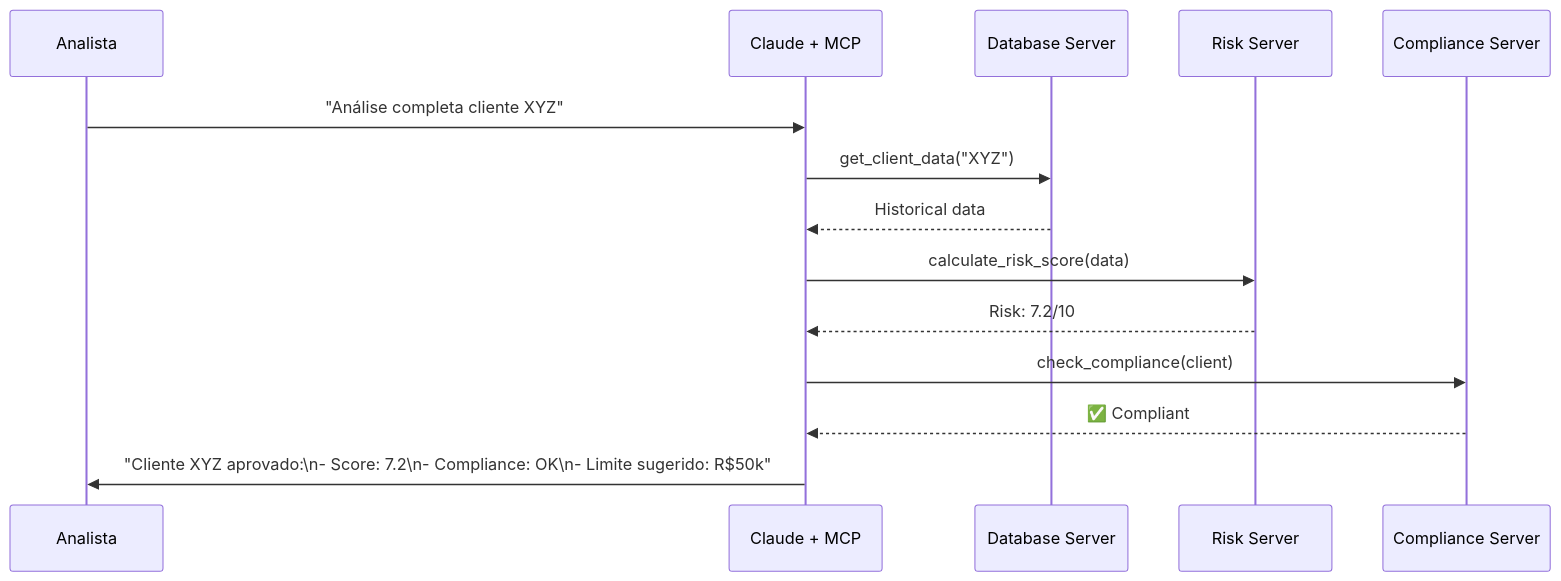
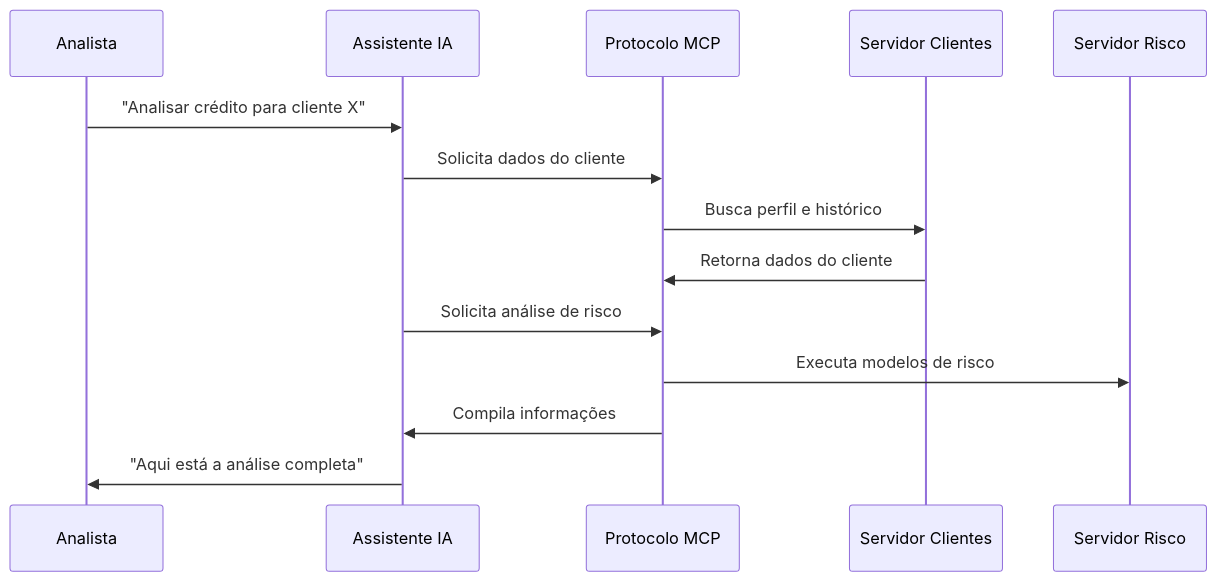
One commit to felipepimentel/my-public-notes changed diagram 17 of 19 in AI/Comunicação/MCP/00-mcp-presentation-zero to hero.md. Above: the diagram before and after it, drawn with Mermaid. The commit also changed other lines of this file, not shown here.

````diff
--- a/AI/Comunicação/MCP/00-mcp-presentation-zero to hero.md
+++ b/AI/Comunicação/MCP/00-mcp-presentation-zero to hero.md
@@ -651,21 +400,16 @@
 ```mermaid
 sequenceDiagram
-    participant A as Analista
-    participant AI as Claude + MCP
-    participant DB as Database Server
-    participant RISK as Risk Server
-    participant COMP as Compliance Server
-    
-    A->>AI: "Análise completa cliente XYZ"
-    
-    AI->>DB: get_client_data("XYZ")
-    DB-->>AI: Historical data
-    
-    AI->>RISK: calculate_risk_score(data)
-    RISK-->>AI: Risk: 7.2/10
-    
-    AI->>COMP: check_compliance(client)
-    COMP-->>AI: ✅ Compliant
-    
-    AI->>A: "Cliente XYZ aprovado:\n- Score: 7.2\n- Compliance: OK\n- Limite sugerido: R$50k"
+    participant G as Analista
+    participant A as Assistente IA
+    participant MCP as Protocolo MCP
+    participant SC as Servidor Clientes
+    participant SR as Servidor Risco
+    G->>A: "Analisar crédito para cliente X"
+    A->>MCP: Solicita dados do cliente
+    MCP->>SC: Busca perfil e histórico
+    SC->>MCP: Retorna dados do cliente
+    A->>MCP: Solicita análise de risco
+    MCP->>SR: Executa modelos de risco
+    MCP->>A: Compila informações
+    A->>G: "Aqui está a análise completa"
 ```
````
